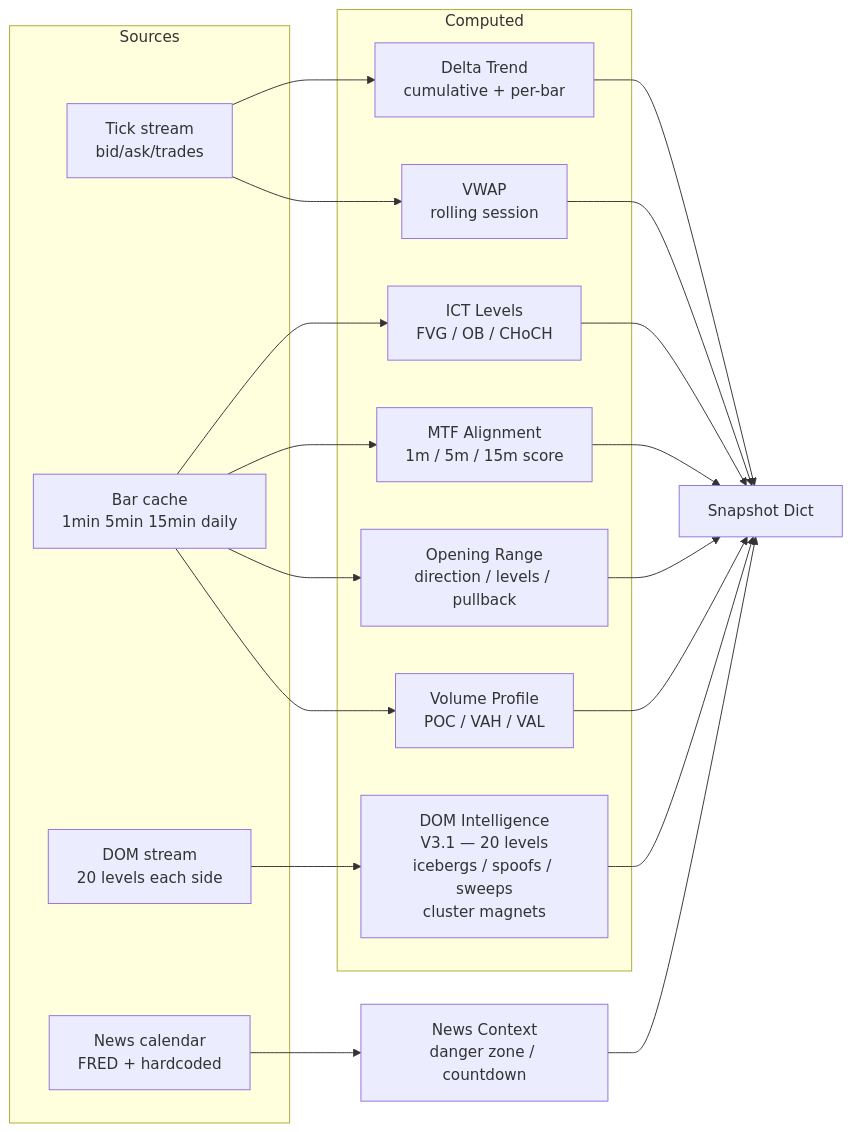
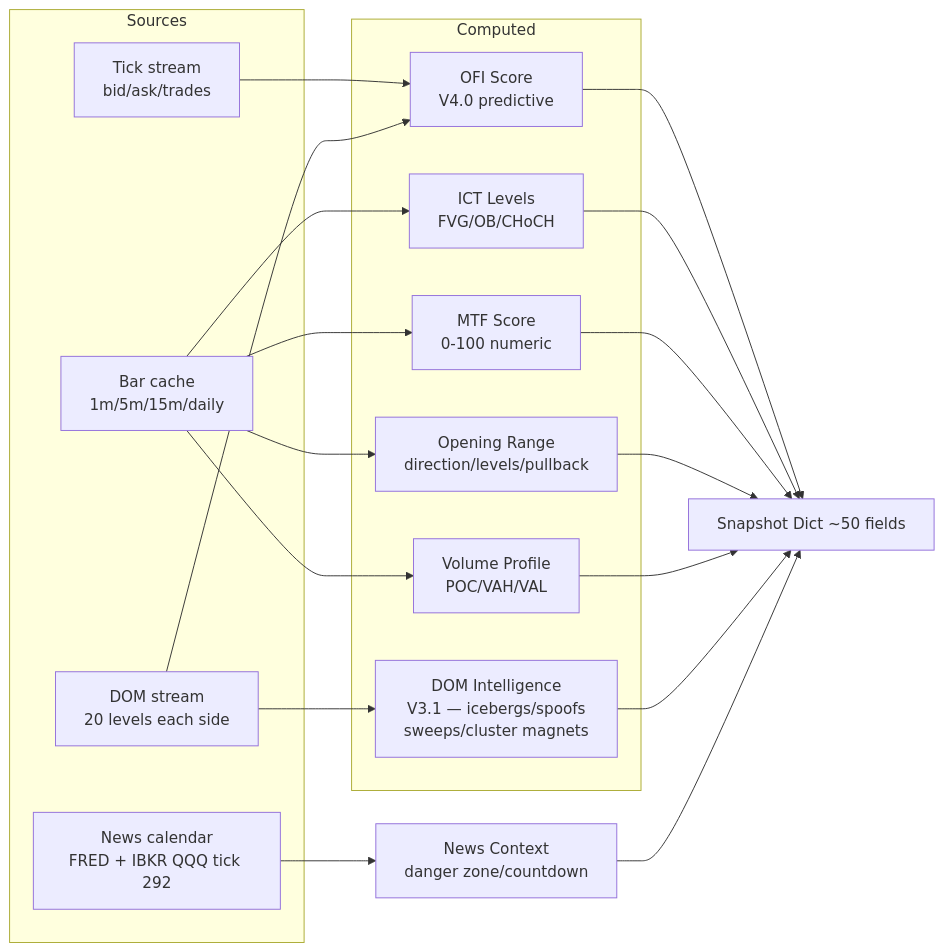
The second of 7 diagrams in README.md (fgomecs/mnq-ai-trader), drawn with Mermaid before and after one commit. The commit also changed other lines of this file and 1 other file, not shown here.

Commit message:
V4.1.1 — Mobile dashboard, IBKR QQQ news, market status bar, clock fix, full README rewrite

````diff
--- a/README.md
+++ b/README.md
@@ -68,37 +75,32 @@
 ```mermaid
 flowchart LR
     subgraph Sources
         T[Tick stream\nbid/ask/trades]
-        B[Bar cache\n1min 5min 15min daily]
+        B[Bar cache\n1m/5m/15m/daily]
         D[DOM stream\n20 levels each side]
-        N[News calendar\nFRED + hardcoded]
+        N[News calendar\nFRED + IBKR QQQ tick 292]
     end
-
     subgraph Computed
-        VP[Volume Profile\nPOC / VAH / VAL]
-        ICT[ICT Levels\nFVG / OB / CHoCH]
-        MTF[MTF Alignment\n1m / 5m / 15m score]
-        OR[Opening Range\ndirection / levels / pullback]
-        DT[Delta Trend\ncumulative + per-bar]
-        VWAP[VWAP\nrolling session]
-        DOM[DOM Intelligence\nV3.1 — 20 levels\nicebergs / spoofs / sweeps\ncluster magnets]
+        OFI[OFI Score\nV4.0 predictive]
+        VP[Volume Profile\nPOC/VAH/VAL]
+        ICT[ICT Levels\nFVG/OB/CHoCH]
+        MTF[MTF Score\n0-100 numeric]
+        OR[Opening Range\ndirection/levels/pullback]
+        DOM[DOM Intelligence\nV3.1 — icebergs/spoofs\nsweeps/cluster magnets]
     end
-
-    T --> DT
-    T --> VWAP
+    T --> OFI
+    D --> OFI
+    D --> DOM
     B --> ICT
     B --> MTF
     B --> OR
     B --> VP
-    D --> DOM
-    N --> NEWS[News Context\ndanger zone / countdown]
-
-    ICT --> SNAP[Snapshot Dict]
+    N --> NEWS[News Context\ndanger zone/countdown]
+    OFI --> SNAP[Snapshot Dict ~50 fields]
+    ICT --> SNAP
     MTF --> SNAP
-    OR  --> SNAP
-    VP  --> SNAP
+    OR --> SNAP
+    VP --> SNAP
     DOM --> SNAP
     NEWS --> SNAP
-    DT  --> SNAP
-    VWAP --> SNAP
 ```
````
